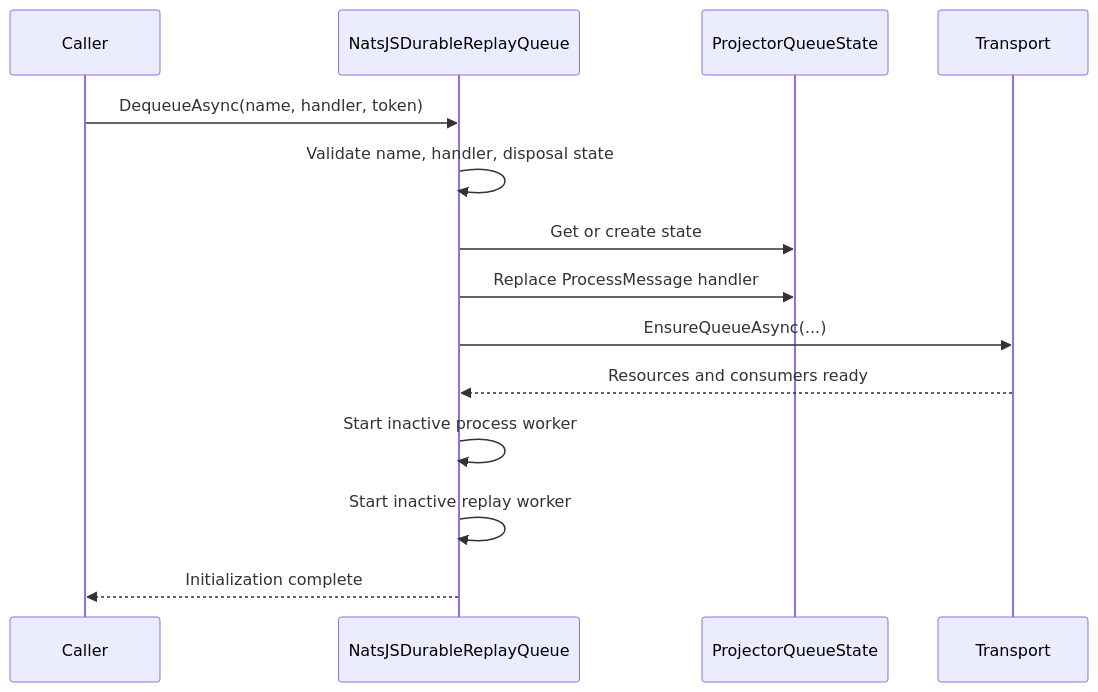
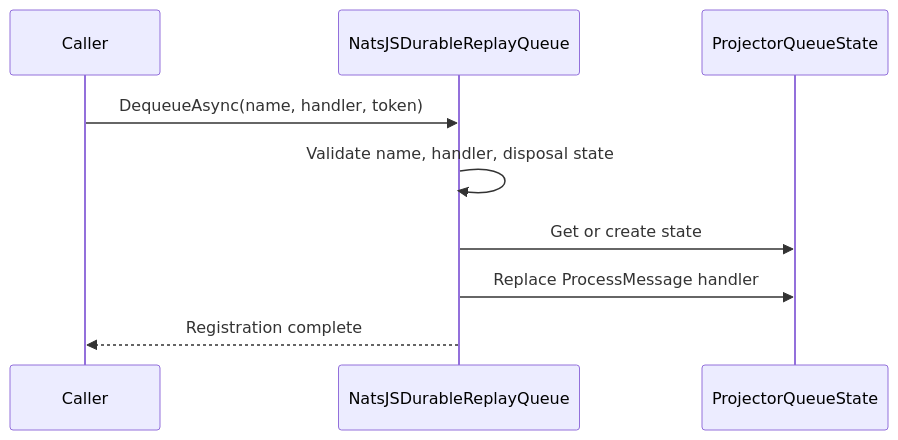
One commit to basilthomas911/IFM changed the second of 5 diagrams in TomasAI.IFM.Framework.Messaging.Nats/Docs/NatsJSDurableReplayQueue.md. Above: the diagram before and after it, drawn with Mermaid. The commit also changed other lines of this file and 24 other files, not shown here.

````diff
--- a/TomasAI.IFM.Framework.Messaging.Nats/Docs/NatsJSDurableReplayQueue.md
+++ b/TomasAI.IFM.Framework.Messaging.Nats/Docs/NatsJSDurableReplayQueue.md
@@ -168,17 +168,12 @@
 ```mermaid
 sequenceDiagram
     participant Caller
     participant Queue as NatsJSDurableReplayQueue
     participant State as ProjectorQueueState
-    participant Transport
 
     Caller->>Queue: DequeueAsync(name, handler, token)
     Queue->>Queue: Validate name, handler, disposal state
     Queue->>State: Get or create state
     Queue->>State: Replace ProcessMessage handler
-    Queue->>Transport: EnsureQueueAsync(...)
-    Transport-->>Queue: Resources and consumers ready
-    Queue->>Queue: Start inactive process worker
-    Queue->>Queue: Start inactive replay worker
-    Queue-->>Caller: Initialization complete
+    Queue-->>Caller: Registration complete
 ```
````
